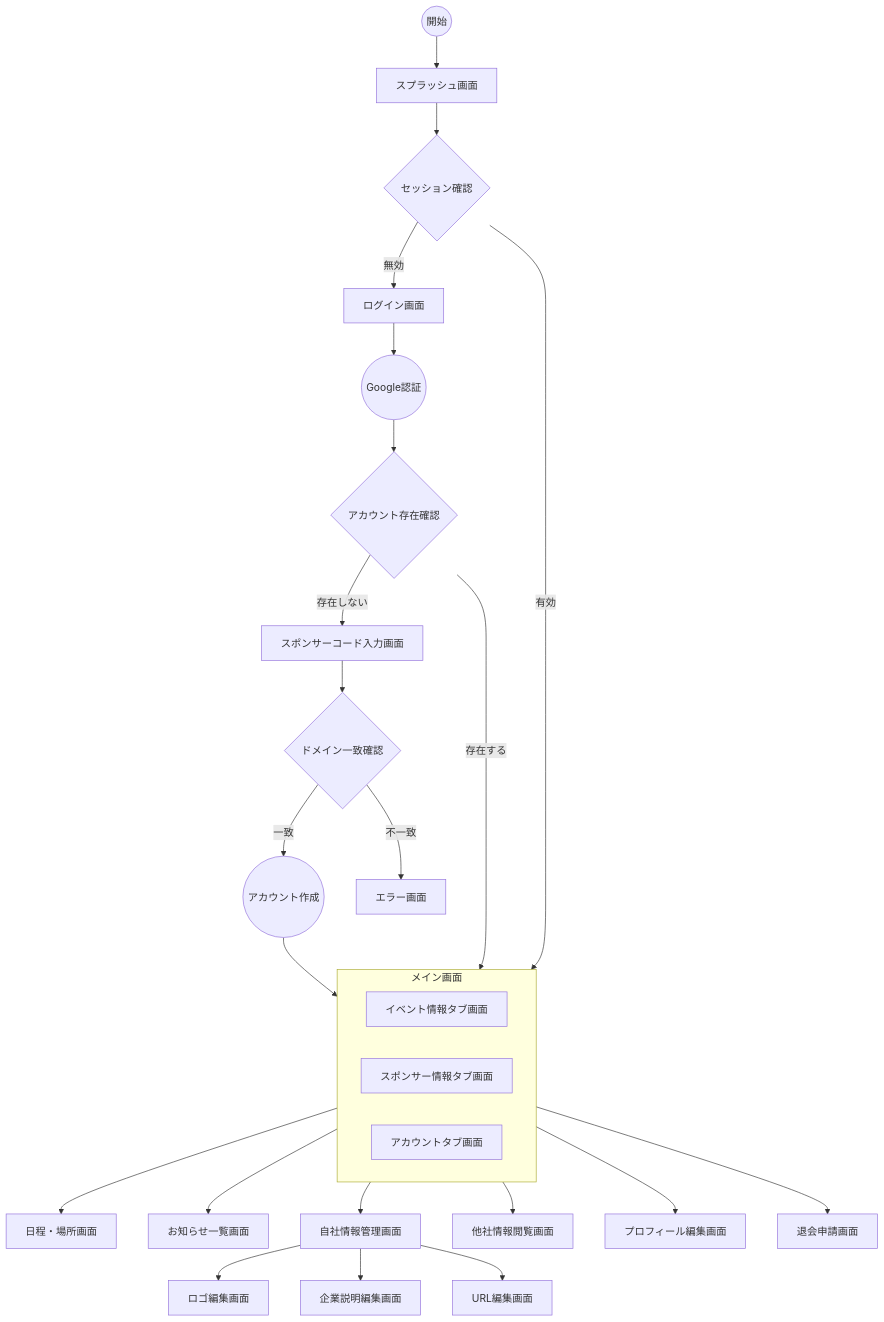
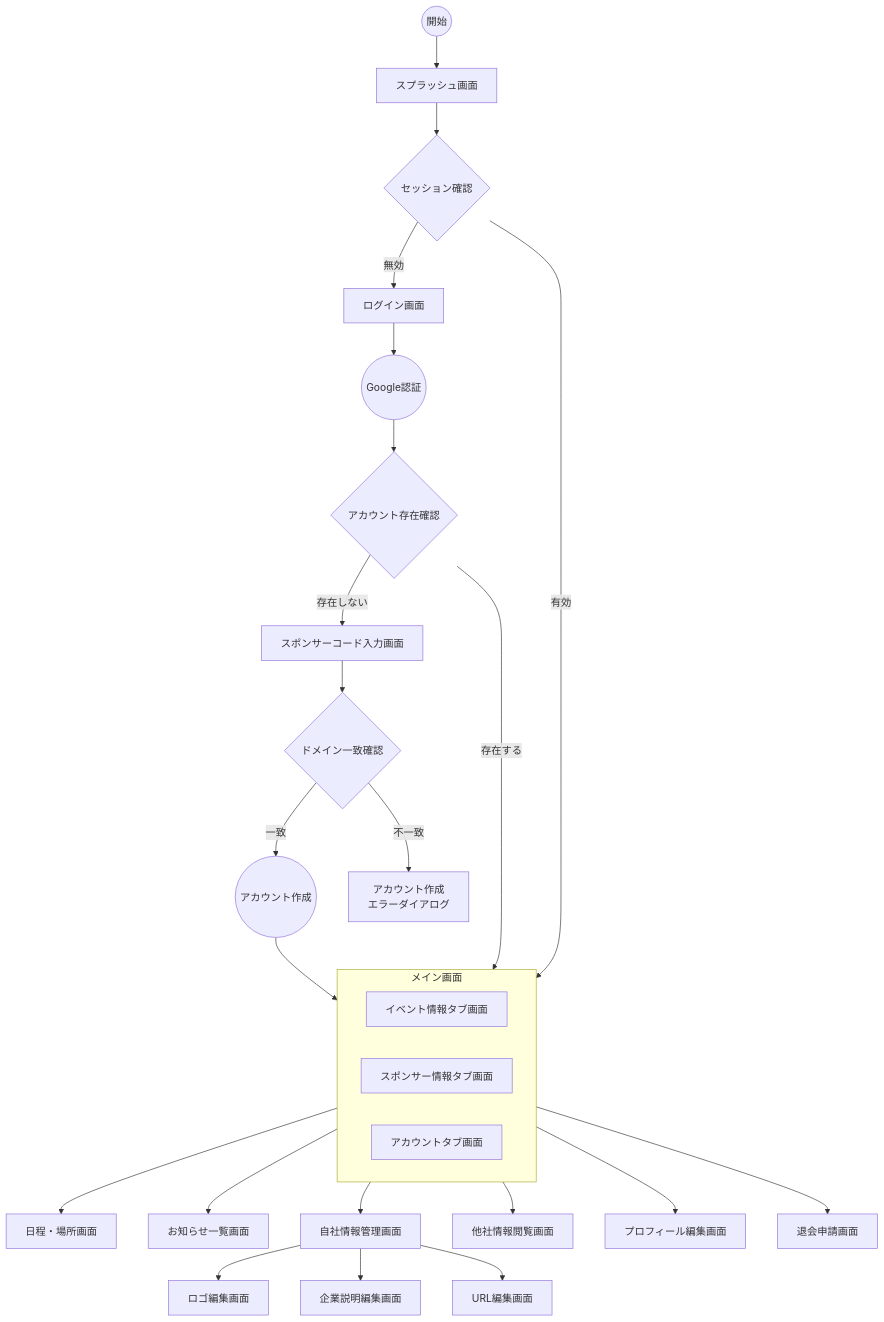
The diagram in docs/dashboard/SCREENS.md (FlutterKaigi/2025), drawn with Mermaid before and after one commit. The commit also changed other lines of this file, not shown here.

Commit message:
docs: エラー画面の名前をアカウント作成エラーダイアログに変更

````diff
--- a/docs/dashboard/SCREENS.md
+++ b/docs/dashboard/SCREENS.md
@@ -55,40 +55,40 @@
 ```mermaid
 flowchart TD
     Start((開始)) --> Splash[スプラッシュ画面]
     Splash --> SessionCheck{セッション確認}
     SessionCheck --> |有効| EventInfo[イベント情報タブ画面]
     SessionCheck --> |無効| Login[ログイン画面]
     
     %% 認証フロー
     Login --> GoogleAuth((Google認証))
     GoogleAuth --> AccountCheck{アカウント存在確認}
     AccountCheck --> |存在する| EventInfo[イベント情報タブ画面]
     AccountCheck --> |存在しない| SponsorCode[スポンサーコード入力画面]
     
     %% 新規登録フロー
     SponsorCode --> DomainCheck{ドメイン一致確認}
     DomainCheck --> |一致| CreateAccount((アカウント作成))
-    DomainCheck --> |不一致| RegisterError[エラー画面]
+    DomainCheck --> |不一致| RegisterError[アカウント作成<br>エラーダイアログ]
     CreateAccount --> EventInfo
     
     %% メイン画面のタブ構成
     subgraph Main[メイン画面]
       direction LR
       EventInfo[イベント情報タブ画面]
       SponsorInfo[スポンサー情報タブ画面]
       Account[アカウントタブ画面]
     end
 
     EventInfo --> Schedule[日程・場所画面]
     EventInfo --> News[お知らせ一覧画面]
     
     SponsorInfo --> OwnInfo[自社情報管理画面]
     SponsorInfo --> OtherInfo[他社情報閲覧画面]
     
     OwnInfo --> LogoEdit[ロゴ編集画面]
     OwnInfo --> DescEdit[企業説明編集画面]
     OwnInfo --> URLEdit[URL編集画面]
     
     Account --> Profile[プロフィール編集画面]
     Account --> Withdrawal[退会申請画面]
 ```
````
